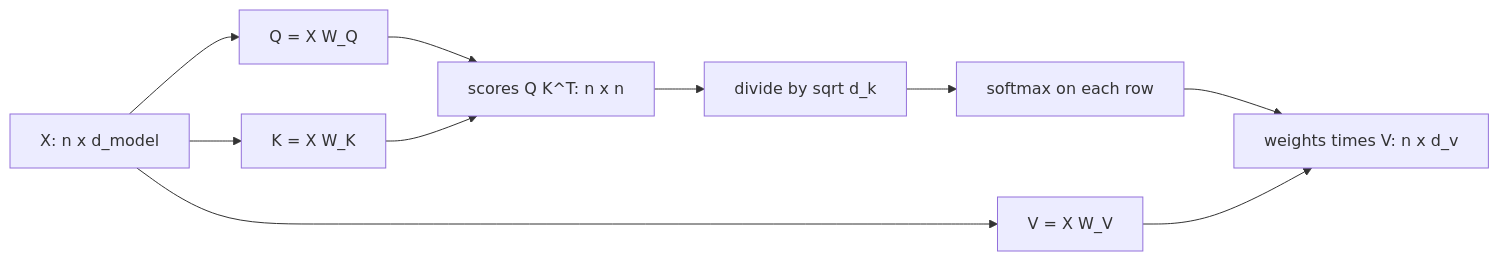
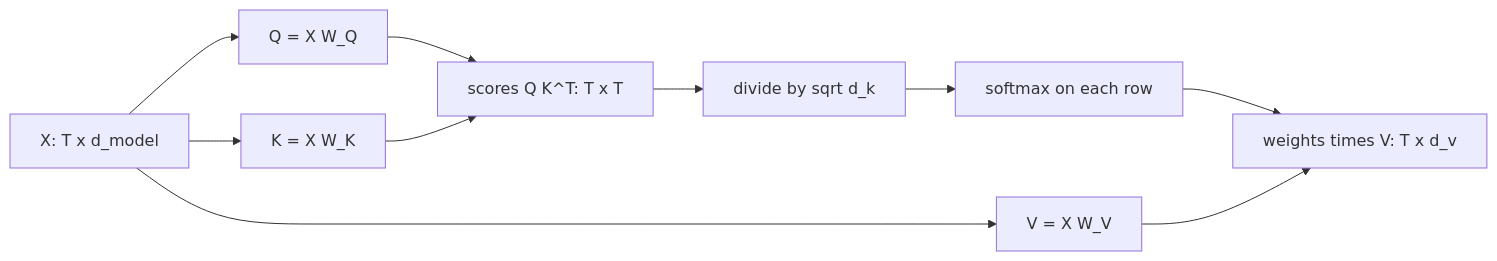
Before and after one commit to lubdhak7414/lubdhak7414.github.io: the diagram in src/content/post/cse425-final-attention/index.md, drawn with Mermaid. The commit also changed other lines of this file and 31 other files, not shown here.

````diff
--- a/src/content/post/cse425-final-attention/index.md
+++ b/src/content/post/cse425-final-attention/index.md
@@ -19,12 +79,12 @@
 ```mermaid
 flowchart LR
-    X["X: n x d_model"] --> Q["Q = X W_Q"]
+    X["X: T x d_model"] --> Q["Q = X W_Q"]
     X --> K["K = X W_K"]
     X --> V["V = X W_V"]
-    Q --> S["scores Q K^T: n x n"]
+    Q --> S["scores Q K^T: T x T"]
     K --> S
     S --> D["divide by sqrt d_k"]
     D --> P["softmax on each row"]
-    P --> Z["weights times V: n x d_v"]
+    P --> Z["weights times V: T x d_v"]
     V --> Z
 ```
````
